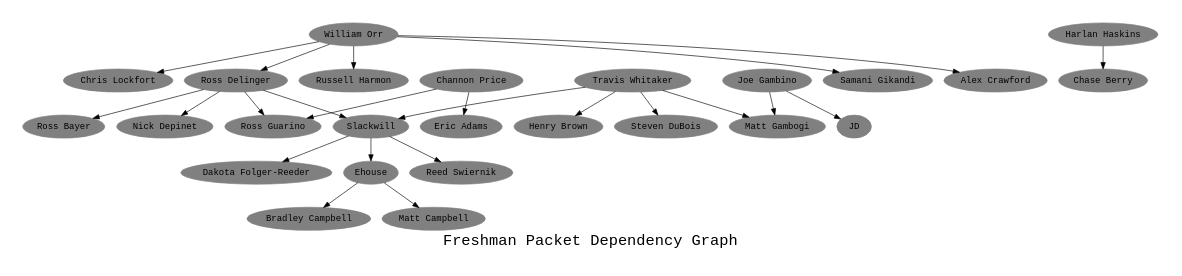
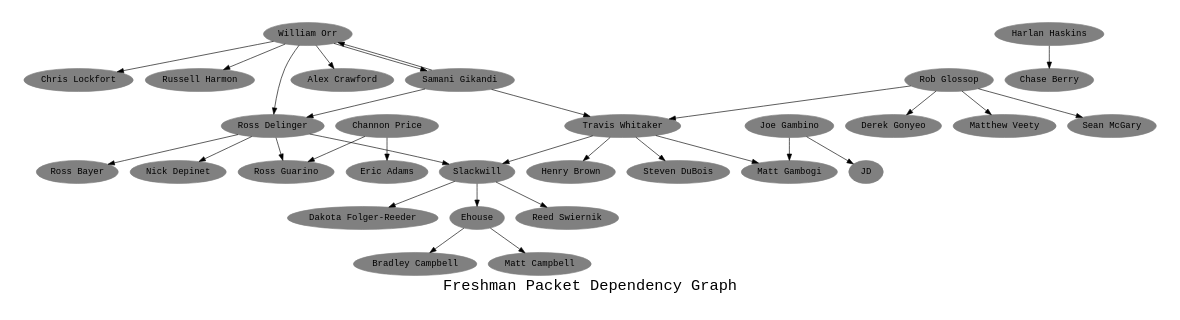
Before and after one commit to robgssp/CSHDigraph: the diagram in dep.gv, drawn with Graphviz.

Commit message:
Adding Derek, Veety, Glossop, and McGary"

```diff
--- a/dep.gv
+++ b/dep.gv
@@ -1,60 +1,71 @@
 digraph "Packet Dependencies" {
 	graph [ fontname = "Monospace",
 		fontsize = 24,
 		label = "Freshman Packet Dependency Graph",
 		size = "6,6" ];
 	node [	shape = oval,
 		color = grey,
 		style = filled,
 		fontname = "Monospace" ];
 
 	"Alex Crawford";
 	"Bradley Campbell";
 	"Channon Price";
 	"Chase Berry";
 	"Chris Lockfort";
 	"Dakota Folger-Reeder";
 	"Ehouse";
 	"Eric Adams";
 	"Harlan Haskins";
 	"Henry Brown";
 	"JD";
 	"Joe Gambino";
 	"Matt Campbell";
 	"Matt Gambogi";
 	"Nick Depinet";
 	"Reed Swiernik";
 	"Ross Bayer";
 	"Ross Delinger";
 	"Ross Guarino";
 	"Russell Harmon";
 	"Samani Gikandi";
 	"Slackwill";
 	"Steven DuBois"
 	"Travis Whitaker";
 	"William Orr";
+	"Derek Gonyeo";
+	"Matthew Veety";
+	"Rob Glossop";
+	"Sean McGary";
 
 	"Channon Price" -> "Eric Adams";
 	"Channon Price" -> "Ross Guarino";
 	"Ehouse" -> "Bradley Campbell";
 	"Ehouse" -> "Matt Campbell";
 	"Harlan Haskins" -> "Chase Berry";
 	"Joe Gambino" -> "JD";
 	"Joe Gambino" -> "Matt Gambogi";
 	"Ross Delinger" -> "Nick Depinet";
 	"Ross Delinger" -> "Ross Bayer";
 	"Ross Delinger" -> "Ross Guarino";
 	"Ross Delinger" -> "Slackwill";
 	"Slackwill" -> "Dakota Folger-Reeder";
 	"Slackwill" -> "Ehouse";
 	"Slackwill" -> "Reed Swiernik";
 	"Travis Whitaker" -> "Henry Brown";
 	"Travis Whitaker" -> "Matt Gambogi";
 	"Travis Whitaker" -> "Slackwill";
 	"Travis Whitaker" -> "Steven DuBois";
 	"William Orr" -> "Alex Crawford";
 	"William Orr" -> "Chris Lockfort";
 	"William Orr" -> "Ross Delinger";
 	"William Orr" -> "Russell Harmon";
 	"William Orr" -> "Samani Gikandi";
+	"Rob Glossop" -> "Derek Gonyeo";
+	"Rob Glossop" -> "Matthew Veety";
+	"Rob Glossop" -> "Sean McGary";
+	"Rob Glossop" -> "Travis Whitaker";
+	"Samani Gikandi" -> "Ross Delinger";
+	"Samani Gikandi" -> "Travis Whitaker";
+	"Samani Gikandi" -> "William Orr";
 }
```
